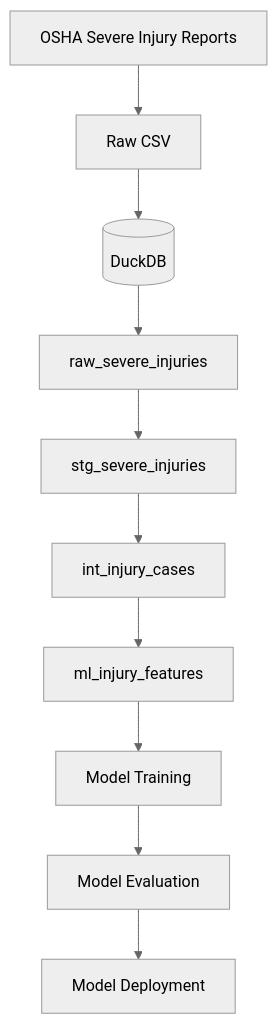
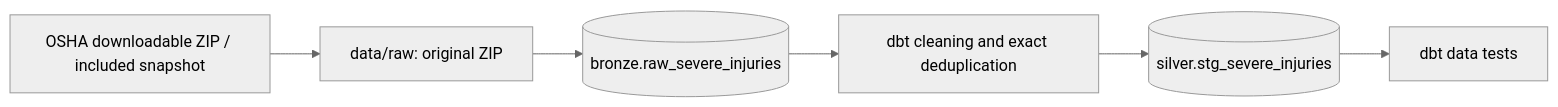
One commit to Ibrian93/incident-risk-prediction changed the diagram in README.md. Above: the diagram before and after it, drawn with Mermaid (neutral theme). The commit also changed other lines of this file and 2 other files, not shown here.

Commit message:
docs: explain the data platform and local development workflow

````diff
--- a/README.md
+++ b/README.md
@@ -60,12 +13,8 @@
 ```mermaid
-flowchart TD
-    A[OSHA Severe Injury Reports] --> B[Raw CSV]
-    B --> C[(DuckDB)]
-    C --> D[raw_severe_injuries]
-    D --> E[stg_severe_injuries]
-    E --> F[int_injury_cases]
-    F --> G[ml_injury_features]
-    G --> H[Model Training]
-    H --> I[Model Evaluation]
-    I --> J[Model Deployment]
+flowchart LR
+    A[OSHA downloadable ZIP / included snapshot] --> B[data/raw: original ZIP]
+    B --> C[(bronze.raw_severe_injuries)]
+    C --> D[dbt cleaning and exact deduplication]
+    D --> E[(silver.stg_severe_injuries)]
+    E --> F[dbt data tests]
 ```
````
